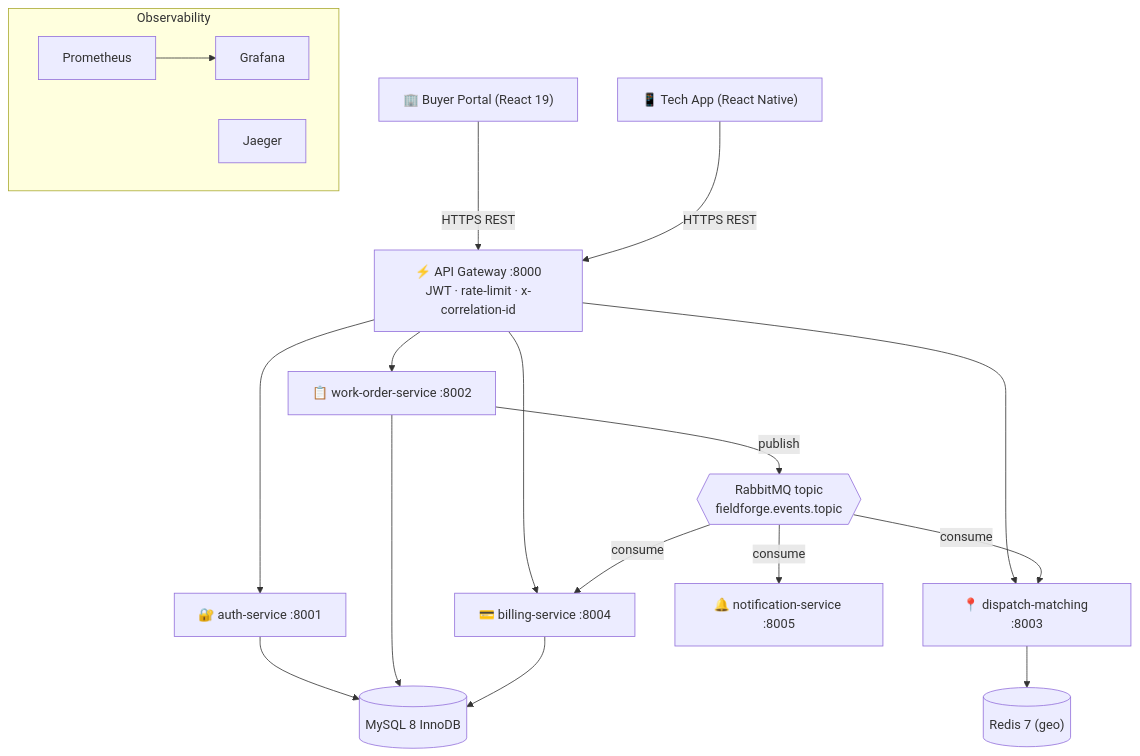
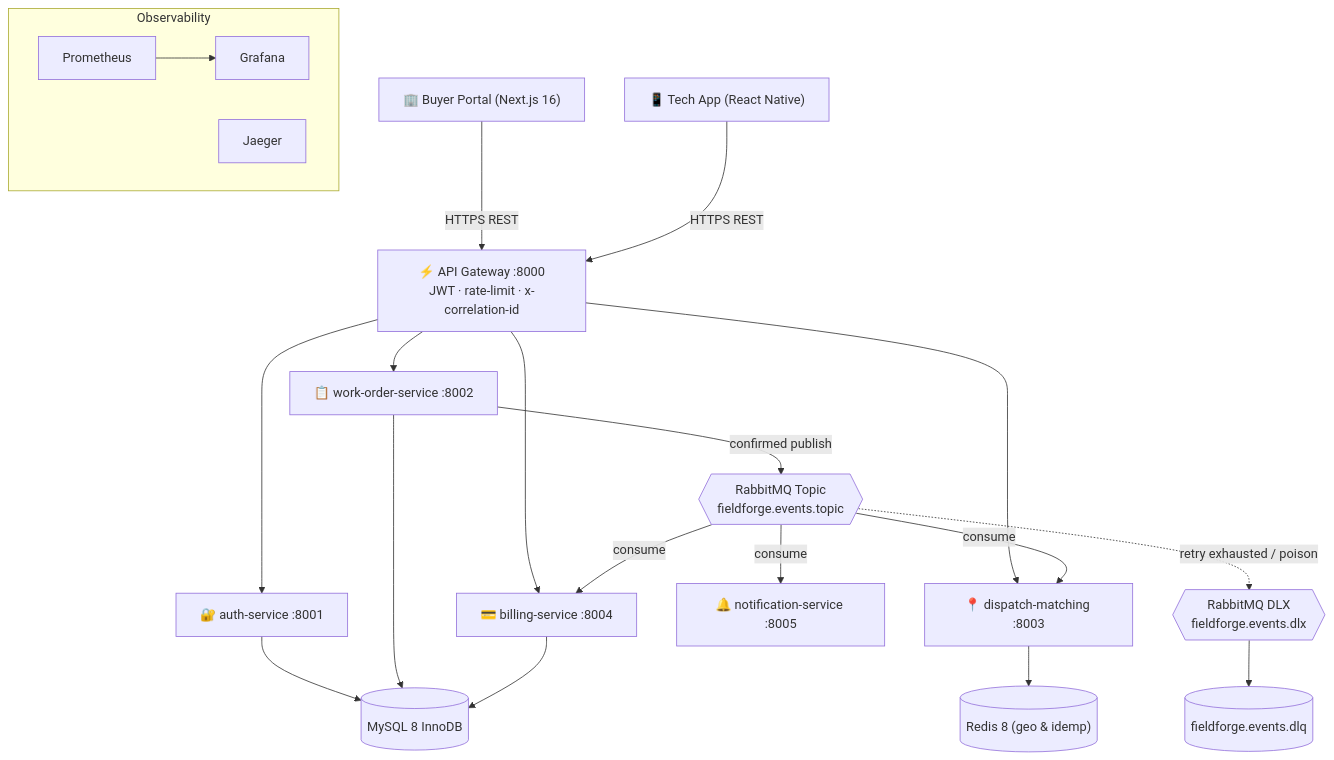
The first of 2 diagrams in docs/ARCHITECTURE.md (satya-ranjon/FieldForge), drawn with Mermaid before and after one commit. The commit also changed other lines of this file and 42 other files, not shown here.

````diff
--- a/docs/ARCHITECTURE.md
+++ b/docs/ARCHITECTURE.md
@@ -67,26 +67,29 @@
 ```mermaid
 graph TD
-    Buyer["🏢 Buyer Portal (React 19)"] -->|HTTPS REST| APIGW
+    Buyer["🏢 Buyer Portal (Next.js 16)"] -->|HTTPS REST| APIGW
     Tech["📱 Tech App (React Native)"] -->|HTTPS REST| APIGW
     APIGW["⚡ API Gateway :8000<br/>JWT · rate-limit · x-correlation-id"]
 
     APIGW --> AuthSvc["🔐 auth-service :8001"]
     APIGW --> WOSvc["📋 work-order-service :8002"]
     APIGW --> DispSvc["📍 dispatch-matching :8003"]
     APIGW --> BillSvc["💳 billing-service :8004"]
 
     AuthSvc --> MySQL[("MySQL 8 InnoDB")]
     WOSvc --> MySQL
     BillSvc --> MySQL
-    DispSvc --> Redis[("Redis 7 (geo)")]
+    DispSvc --> Redis[("Redis 8 (geo & idemp)")]
 
-    WOSvc -->|publish| MQ{{"RabbitMQ topic<br/>fieldforge.events.topic"}}
+    WOSvc -->|confirmed publish| MQ{{"RabbitMQ Topic<br/>fieldforge.events.topic"}}
     MQ -->|consume| DispSvc
     MQ -->|consume| BillSvc
     MQ -->|consume| NotifSvc["🔔 notification-service :8005"]
+
+    MQ -.->|retry exhausted / poison| DLX{{"RabbitMQ DLX<br/>fieldforge.events.dlx"}}
+    DLX --> DLQ[("fieldforge.events.dlq")]
 
     subgraph Observability
       Prom["Prometheus"] --> Graf["Grafana"]
       Jaeger["Jaeger"]
     end
 ```
````
